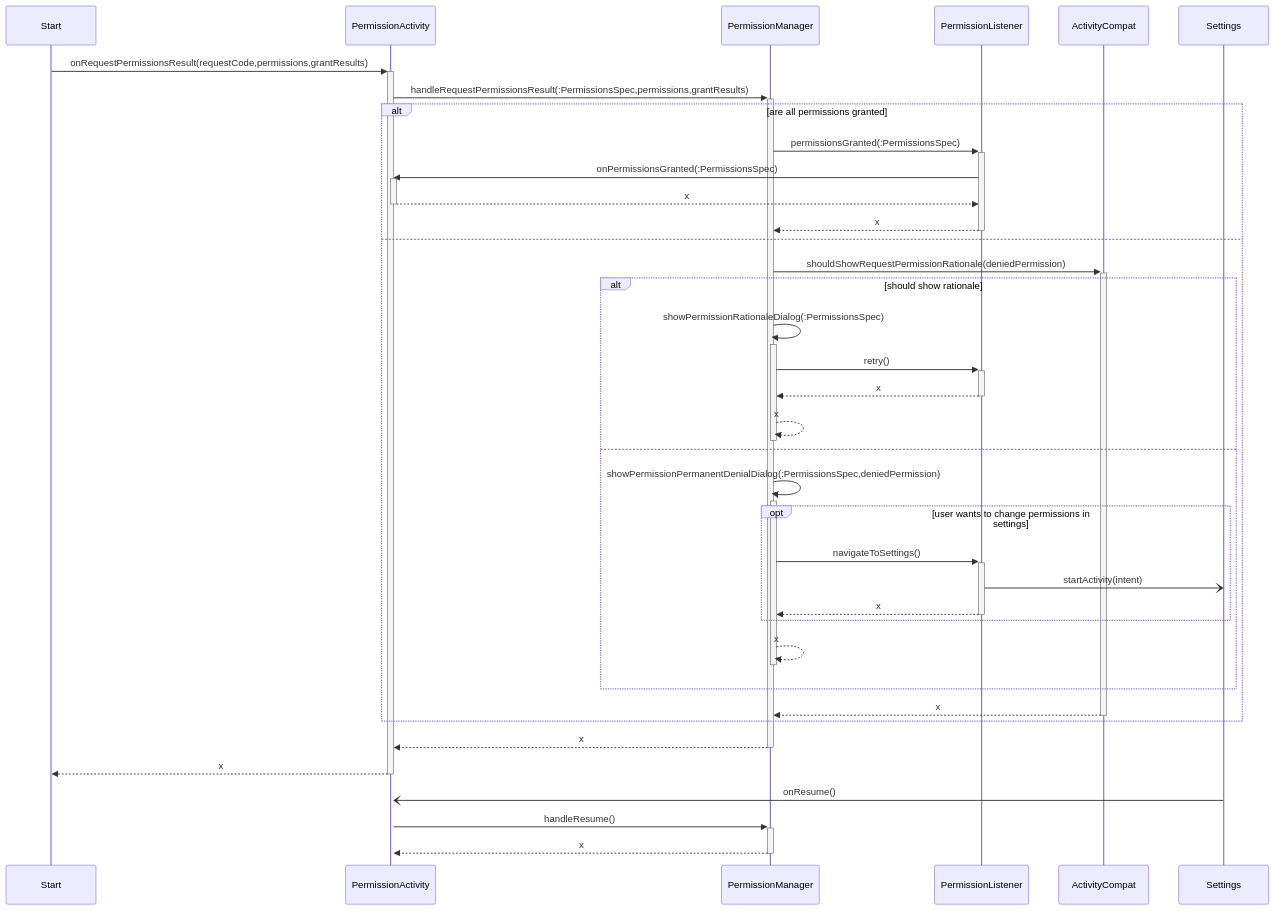
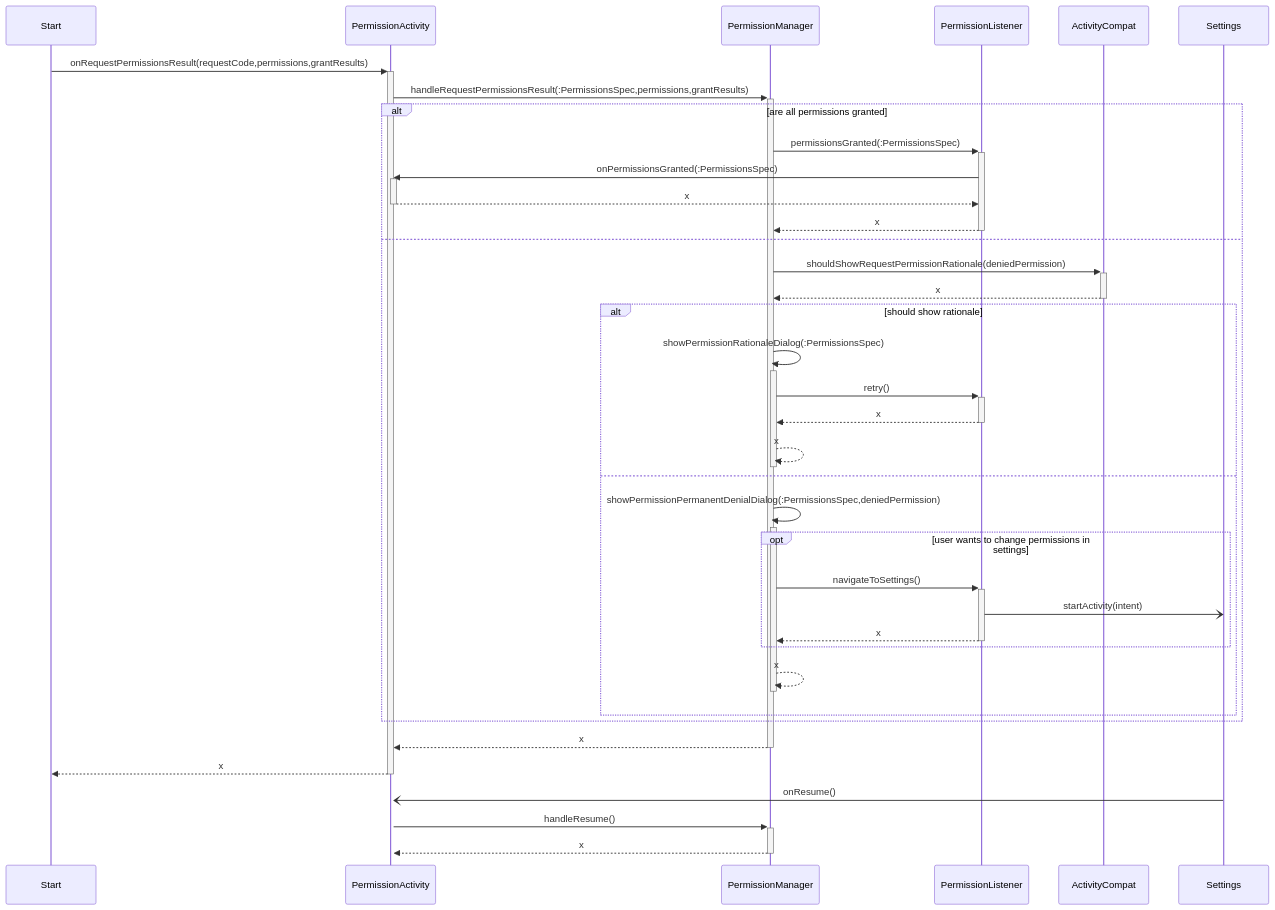
One commit to mjureczko/maly-poszukiwacz-skarbow changed the diagram in docs/handling_request_result.mmd. Above: the diagram before and after it, drawn with Mermaid. The commit also changed 6 other files, not shown here.

Commit message:
#25 some renaming and diagrams updated

```diff
--- a/docs/handling_request_result.mmd
+++ b/docs/handling_request_result.mmd
@@ -1,31 +1,32 @@
 sequenceDiagram
     Start ->>+ PermissionActivity: onRequestPermissionsResult(requestCode,permissions,grantResults)
     PermissionActivity ->>+ PermissionManager: handleRequestPermissionsResult(:PermissionsSpec,permissions,grantResults)
     alt are all permissions granted
         PermissionManager ->>+ PermissionListener: permissionsGranted(:PermissionsSpec)
         PermissionListener ->>+ PermissionActivity: onPermissionsGranted(:PermissionsSpec)
         PermissionActivity -->>- PermissionListener: x
         PermissionListener -->>- PermissionManager: x
     else
         PermissionManager ->>+ ActivityCompat: shouldShowRequestPermissionRationale(deniedPermission)
+        ActivityCompat -->>- PermissionManager: x
         alt should show rationale
             PermissionManager ->>+ PermissionManager: showPermissionRationaleDialog(:PermissionsSpec)
             PermissionManager ->>+  PermissionListener: retry()
             PermissionListener -->>- PermissionManager: x
             PermissionManager -->>- PermissionManager: x
         else
             PermissionManager ->>+ PermissionManager: showPermissionPermanentDenialDialog(:PermissionsSpec,deniedPermission)
             opt user wants to change permissions in settings
                 PermissionManager ->>+ PermissionListener: navigateToSettings()
                 PermissionListener -) Settings: startActivity(intent)
                 PermissionListener -->>- PermissionManager: x
             end
             PermissionManager -->>- PermissionManager: x
         end
-        ActivityCompat -->>- PermissionManager: x
+
     end
     PermissionManager -->>- PermissionActivity: x
     PermissionActivity -->>- Start: x
     Settings -)+ PermissionActivity: onResume()
     PermissionActivity ->>+ PermissionManager: handleResume()
     PermissionManager -->>- PermissionActivity: x
```
